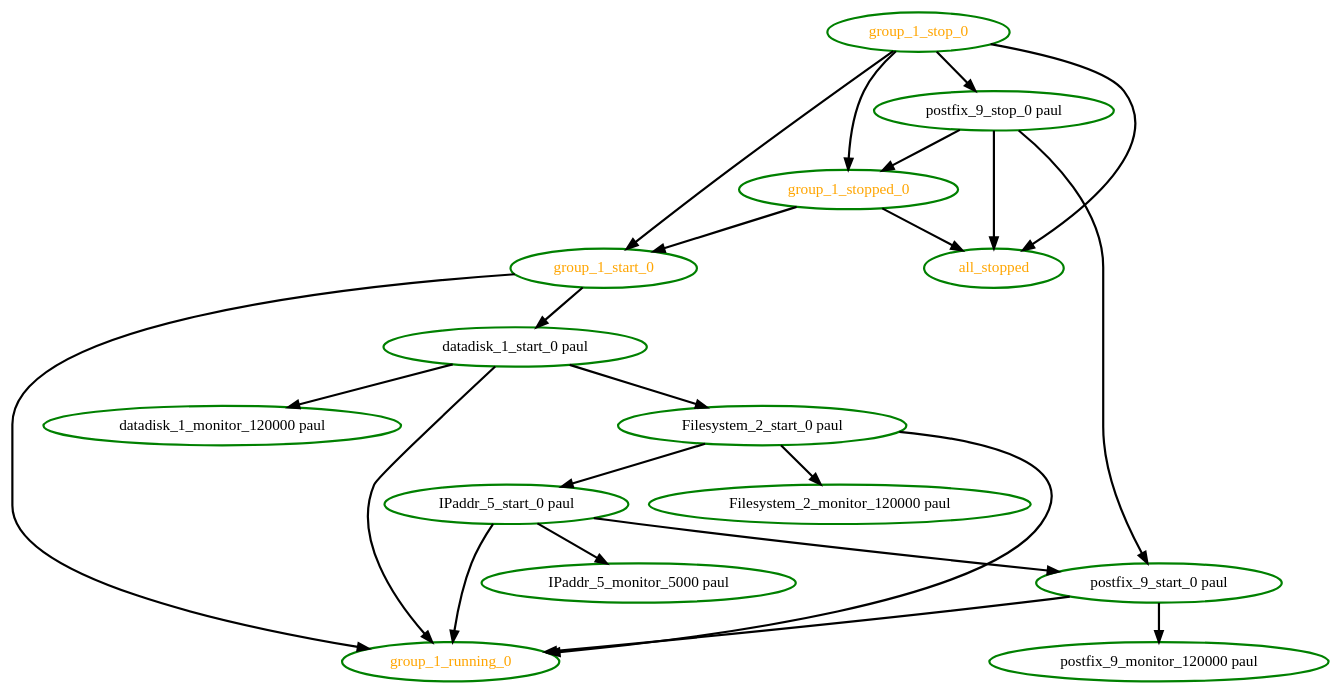
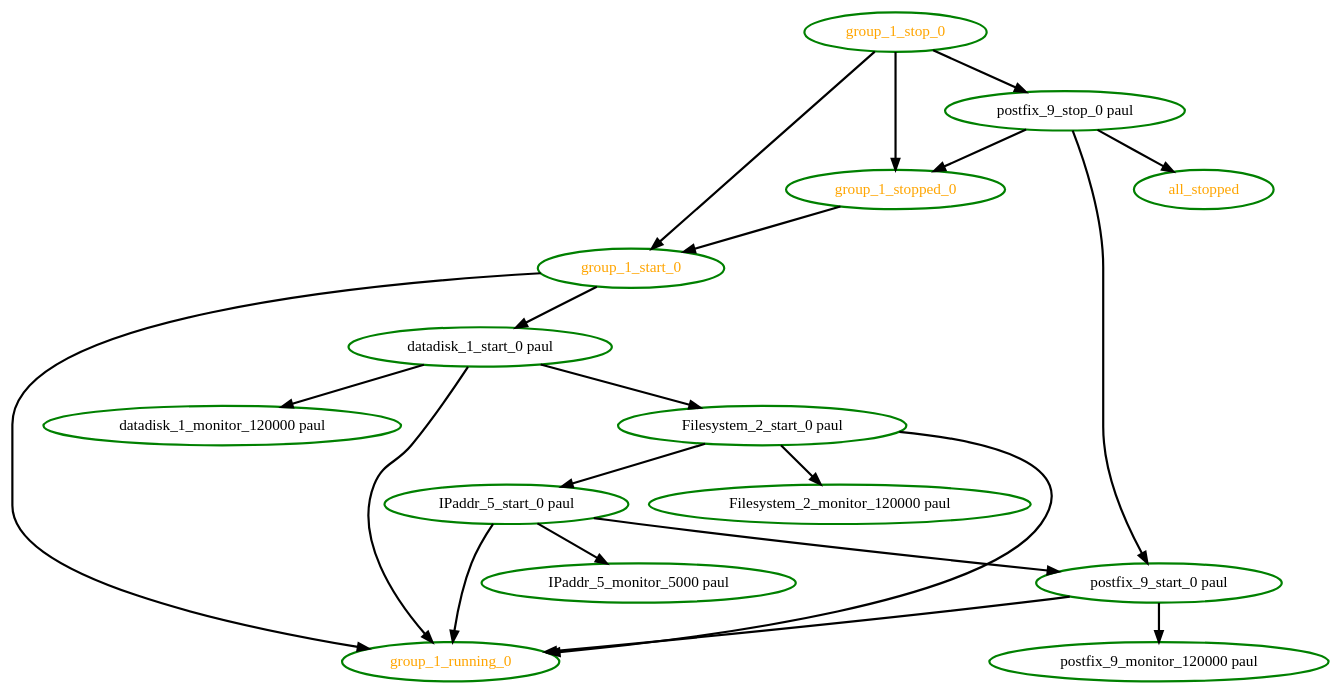
The diagram in crm/pengine/testcases/994.dot (richiewen8/heartbeat), drawn with Graphviz before and after one commit. The commit also changed 82 other files, not shown here.

Commit message:
High: PE: all_stopped should only depend on native resources to avoid recursion

```diff
--- a/crm/pengine/testcases/994.dot
+++ b/crm/pengine/testcases/994.dot
@@ -1,38 +1,36 @@
  digraph "g" {
 "Filesystem_2_monitor_120000 paul" [ style=bold color="green" fontcolor="black"  ]
 "Filesystem_2_start_0 paul" -> "Filesystem_2_monitor_120000 paul" [ style = bold]
 "Filesystem_2_start_0 paul" -> "IPaddr_5_start_0 paul" [ style = bold]
 "Filesystem_2_start_0 paul" -> "group_1_running_0" [ style = bold]
 "Filesystem_2_start_0 paul" [ style=bold color="green" fontcolor="black"  ]
 "IPaddr_5_monitor_5000 paul" [ style=bold color="green" fontcolor="black"  ]
 "IPaddr_5_start_0 paul" -> "IPaddr_5_monitor_5000 paul" [ style = bold]
 "IPaddr_5_start_0 paul" -> "group_1_running_0" [ style = bold]
 "IPaddr_5_start_0 paul" -> "postfix_9_start_0 paul" [ style = bold]
 "IPaddr_5_start_0 paul" [ style=bold color="green" fontcolor="black"  ]
 "all_stopped" [ style=bold color="green" fontcolor="orange"  ]
 "datadisk_1_monitor_120000 paul" [ style=bold color="green" fontcolor="black"  ]
 "datadisk_1_start_0 paul" -> "Filesystem_2_start_0 paul" [ style = bold]
 "datadisk_1_start_0 paul" -> "datadisk_1_monitor_120000 paul" [ style = bold]
 "datadisk_1_start_0 paul" -> "group_1_running_0" [ style = bold]
 "datadisk_1_start_0 paul" [ style=bold color="green" fontcolor="black"  ]
 "group_1_running_0" [ style=bold color="green" fontcolor="orange" ]
 "group_1_start_0" -> "datadisk_1_start_0 paul" [ style = bold]
 "group_1_start_0" -> "group_1_running_0" [ style = bold]
 "group_1_start_0" [ style=bold color="green" fontcolor="orange" ]
-"group_1_stop_0" -> "all_stopped" [ style = bold]
 "group_1_stop_0" -> "group_1_start_0" [ style = bold]
 "group_1_stop_0" -> "group_1_stopped_0" [ style = bold]
 "group_1_stop_0" -> "postfix_9_stop_0 paul" [ style = bold]
 "group_1_stop_0" [ style=bold color="green" fontcolor="orange" ]
-"group_1_stopped_0" -> "all_stopped" [ style = bold]
 "group_1_stopped_0" -> "group_1_start_0" [ style = bold]
 "group_1_stopped_0" [ style=bold color="green" fontcolor="orange" ]
 "postfix_9_monitor_120000 paul" [ style=bold color="green" fontcolor="black" ]
 "postfix_9_start_0 paul" -> "group_1_running_0" [ style = bold]
 "postfix_9_start_0 paul" -> "postfix_9_monitor_120000 paul" [ style = bold]
 "postfix_9_start_0 paul" [ style=bold color="green" fontcolor="black" ]
 "postfix_9_stop_0 paul" -> "all_stopped" [ style = bold]
 "postfix_9_stop_0 paul" -> "group_1_stopped_0" [ style = bold]
 "postfix_9_stop_0 paul" -> "postfix_9_start_0 paul" [ style = bold]
 "postfix_9_stop_0 paul" [ style=bold color="green" fontcolor="black" ]
 }
```
